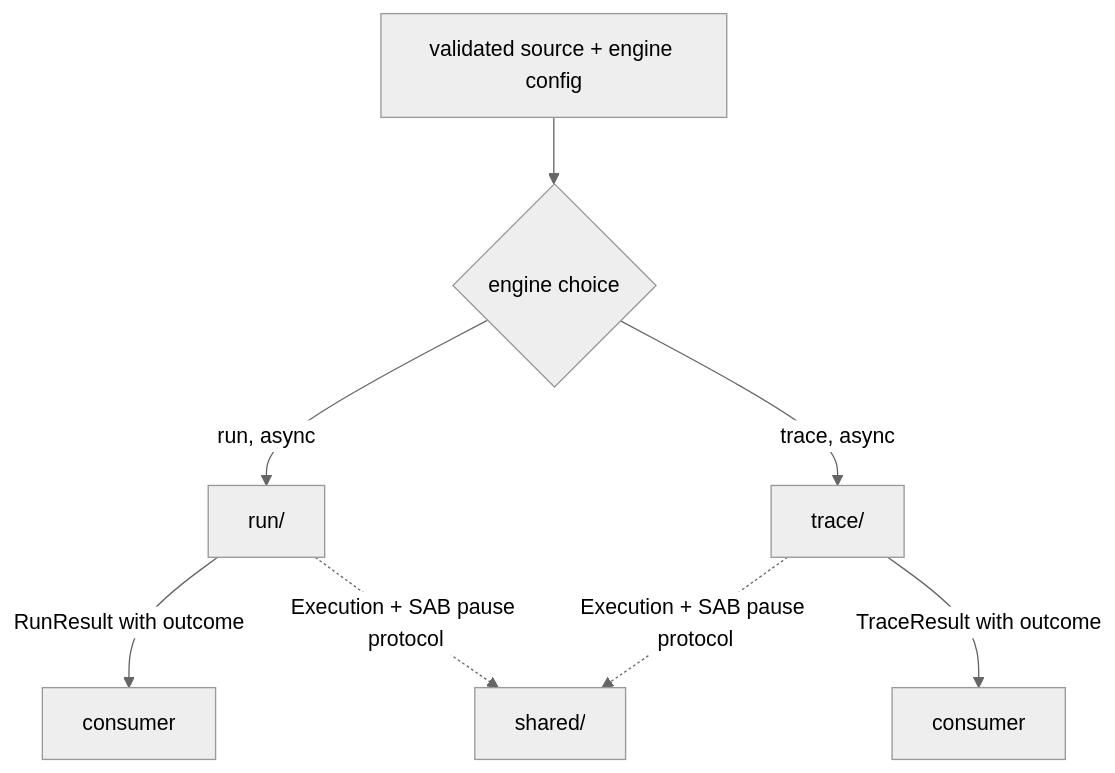
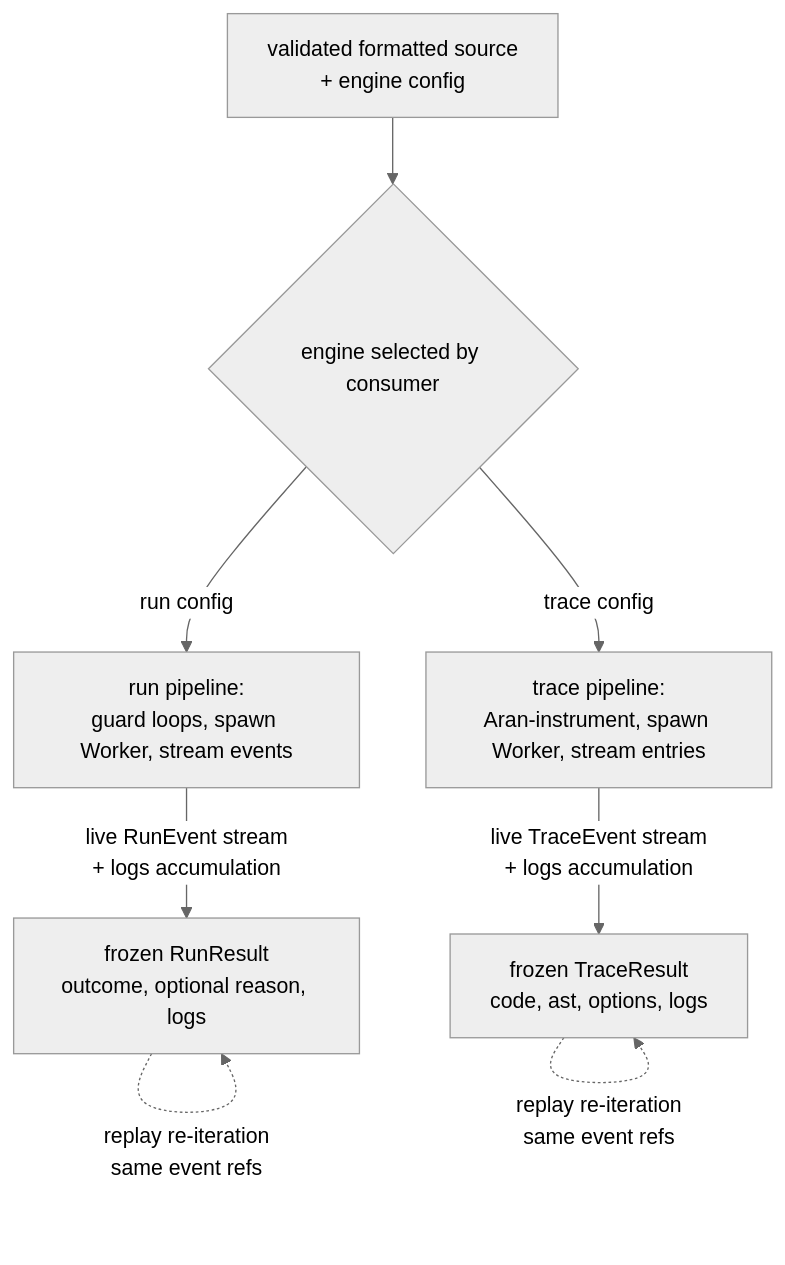
The diagram in src/lib/welcome-to-programming/just-enough/javascript/lib/evaluating/DOCS.md (codeschoolinabox/curricula), drawn with Mermaid (neutral theme) before and after one commit. The commit also changed other lines of this file and 5 other files, not shown here.

First line of the commit message:
docs: rewrite Mermaid diagrams as data flows (not import graphs)

````diff
--- a/src/lib/welcome-to-programming/just-enough/javascript/lib/evaluating/DOCS.md
+++ b/src/lib/welcome-to-programming/just-enough/javascript/lib/evaluating/DOCS.md
@@ -9,10 +10,10 @@
 ```mermaid
 flowchart TD
-    A[validated source + engine config] --> D{engine choice}
-    D -->|run, async| R[run/]
-    D -->|trace, async| T[trace/]
-    R -->|RunResult with outcome| RC[consumer]
-    T -->|TraceResult with outcome| TC[consumer]
-    R -.->|Execution + SAB pause protocol| S[shared/]
-    T -.->|Execution + SAB pause protocol| S
+    A[validated formatted source<br/>+ engine config] --> B{engine selected by consumer}
+    B -->|run config| C[run pipeline:<br/>guard loops, spawn Worker, stream events]
+    B -->|trace config| D[trace pipeline:<br/>Aran-instrument, spawn Worker, stream entries]
+    C -->|live RunEvent stream<br/>+ logs accumulation| E[frozen RunResult<br/>outcome, optional reason, logs]
+    D -->|live TraceEvent stream<br/>+ logs accumulation| F[frozen TraceResult<br/>code, ast, options, logs]
+    E -.->|replay re-iteration<br/>same event refs| E
+    F -.->|replay re-iteration<br/>same event refs| F
 ```
````
